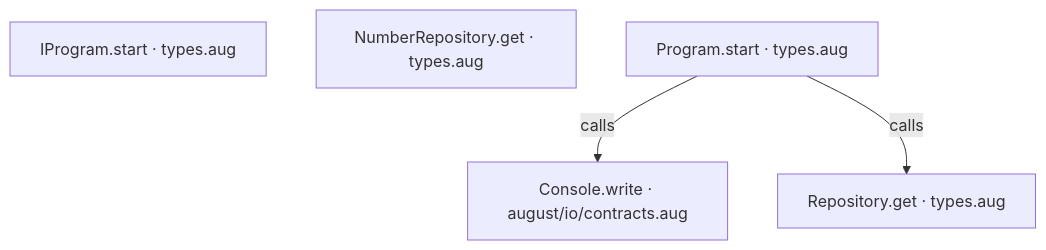
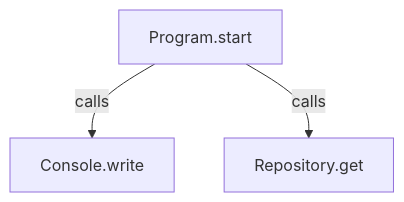
Before and after one commit to GreenPandaStudios/augscript: the second of 3 diagrams in docs/examples/generic-di/types-diagrams.md, drawn with Mermaid. The commit also changed other lines of this file and 524 other files, not shown here.

Commit message:
Explain checked data flow at folder and service levels

````diff
--- a/docs/examples/generic-di/types-diagrams.md
+++ b/docs/examples/generic-di/types-diagrams.md
@@ -37,10 +37,8 @@
 ```mermaid
 flowchart TD
-    n0["Console.write · august/io/contracts.aug"]
-    n1["IProgram.start · types.aug"]
-    n2["NumberRepository.get · types.aug"]
-    n3["Program.start · types.aug"]
-    n4["Repository.get · types.aug"]
-    n3 -->|"calls"| n0
-    n3 -->|"calls"| n4
+    n0["Console.write"]
+    n1["Program.start"]
+    n2["Repository.get"]
+    n1 -->|"calls"| n0
+    n1 -->|"calls"| n2
 ```
````
